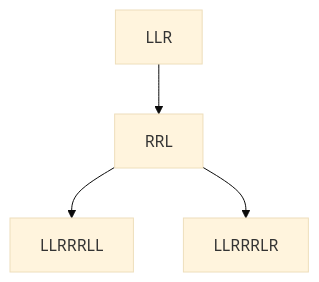
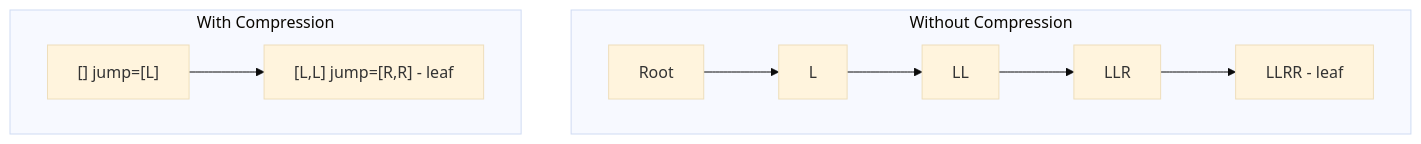
The second of 2 diagrams in docs/architecture/storage.md (paolino/haskell-csmt), drawn with Mermaid (base theme) before and after one commit. The commit also changed other lines of this file, not shown here.

````diff
--- a/docs/architecture/storage.md
+++ b/docs/architecture/storage.md
@@ -29,6 +60,13 @@
 ```mermaid
 graph TD
-    0[LLR] --> A[RRL]
-    A --> C[LLRRRLL]
-    A --> D[LLRRRLR]
+    subgraph "Without Compression"
+        R1[Root] --> L1[L]
+        L1 --> LL[LL]
+        LL --> LLR[LLR]
+        LLR --> LLRR[LLRR - leaf]
+    end
+
+    subgraph "With Compression"
+        R2["[] jump=[L]"] --> LL2["[L,L] jump=[R,R] - leaf"]
+    end
 ```
````
